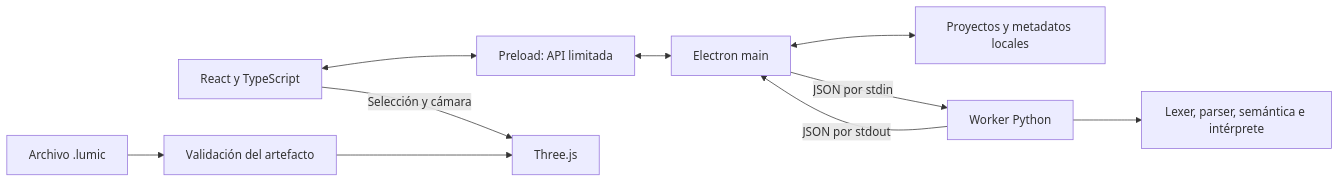
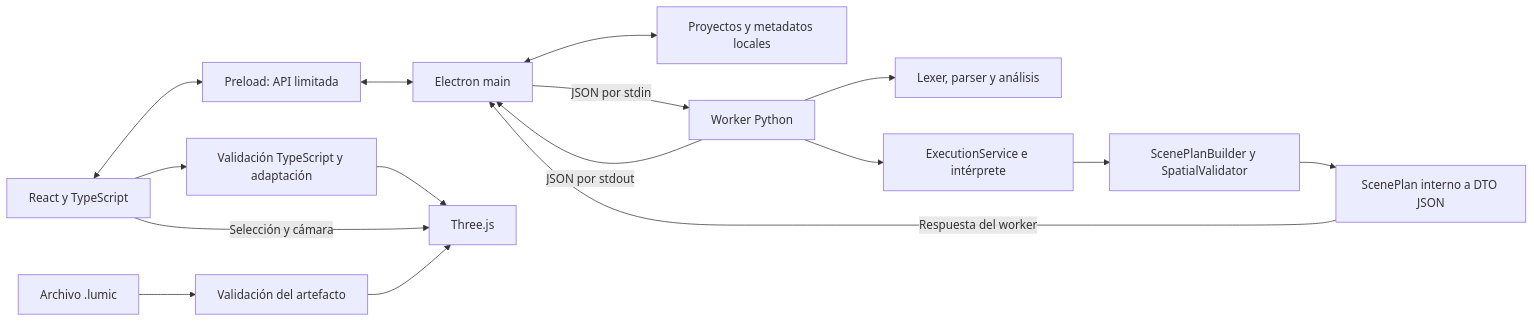
One commit to GreichelCampos/lumi_studio changed the diagram in docs/architecture.md. Above: the diagram before and after it, drawn with Mermaid. The commit also changed other lines of this file and 10 other files, not shown here.

````diff
--- a/docs/architecture.md
+++ b/docs/architecture.md
@@ -11,12 +11,18 @@
 ```mermaid
 flowchart LR
     UI[React y TypeScript] <--> PRE[Preload: API limitada]
     PRE <--> MAIN[Electron main]
     MAIN <--> DISK[Proyectos y metadatos locales]
     MAIN -->|JSON por stdin| WORKER[Worker Python]
     WORKER -->|JSON por stdout| MAIN
-    WORKER --> CORE[Lexer, parser, semántica e intérprete]
+    WORKER --> ANALYSIS[Lexer, parser y análisis]
+    WORKER --> EXEC[ExecutionService e intérprete]
+    EXEC --> BUILD[ScenePlanBuilder y SpatialValidator]
+    BUILD --> DTO[ScenePlan interno a DTO JSON]
+    DTO -->|Respuesta del worker| MAIN
+    UI --> CHECK[Validación TypeScript y adaptación]
+    CHECK --> VIEW[Three.js]
     ART[Archivo .lumic] --> VAL[Validación del artefacto]
     VAL --> VIEW[Three.js]
     UI -->|Selección y cámara| VIEW
 ```
````
